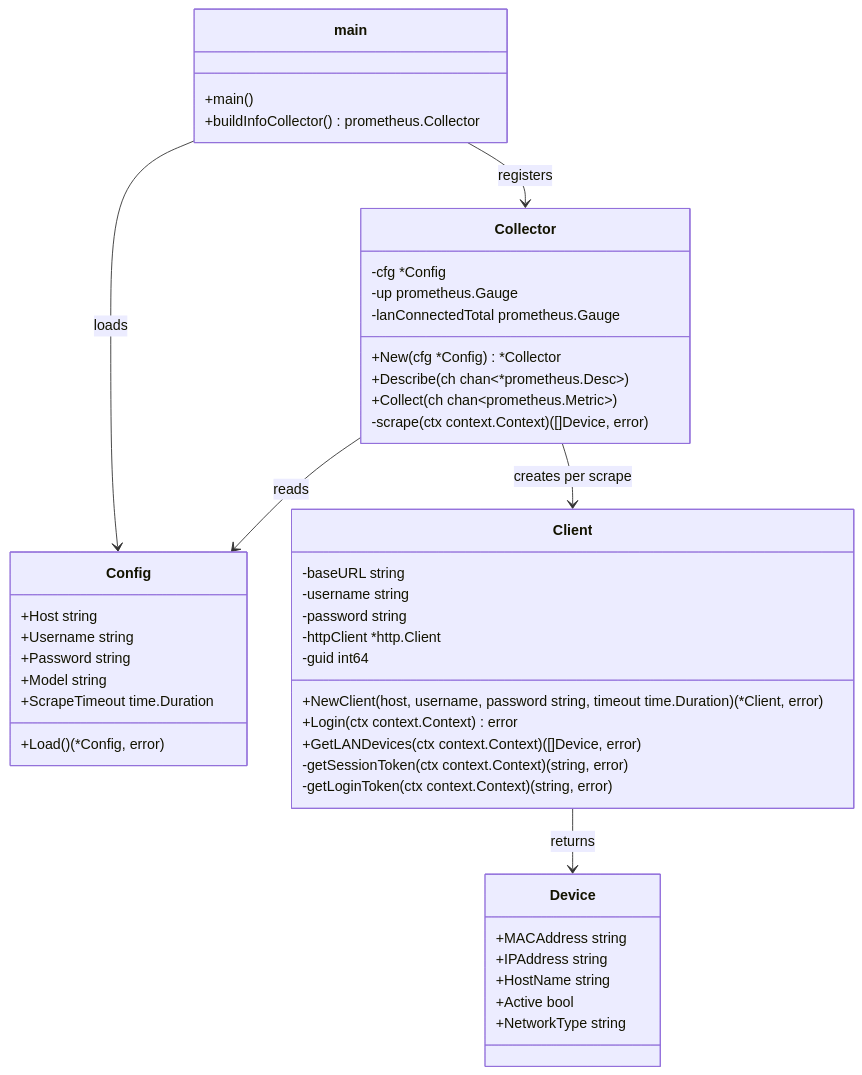
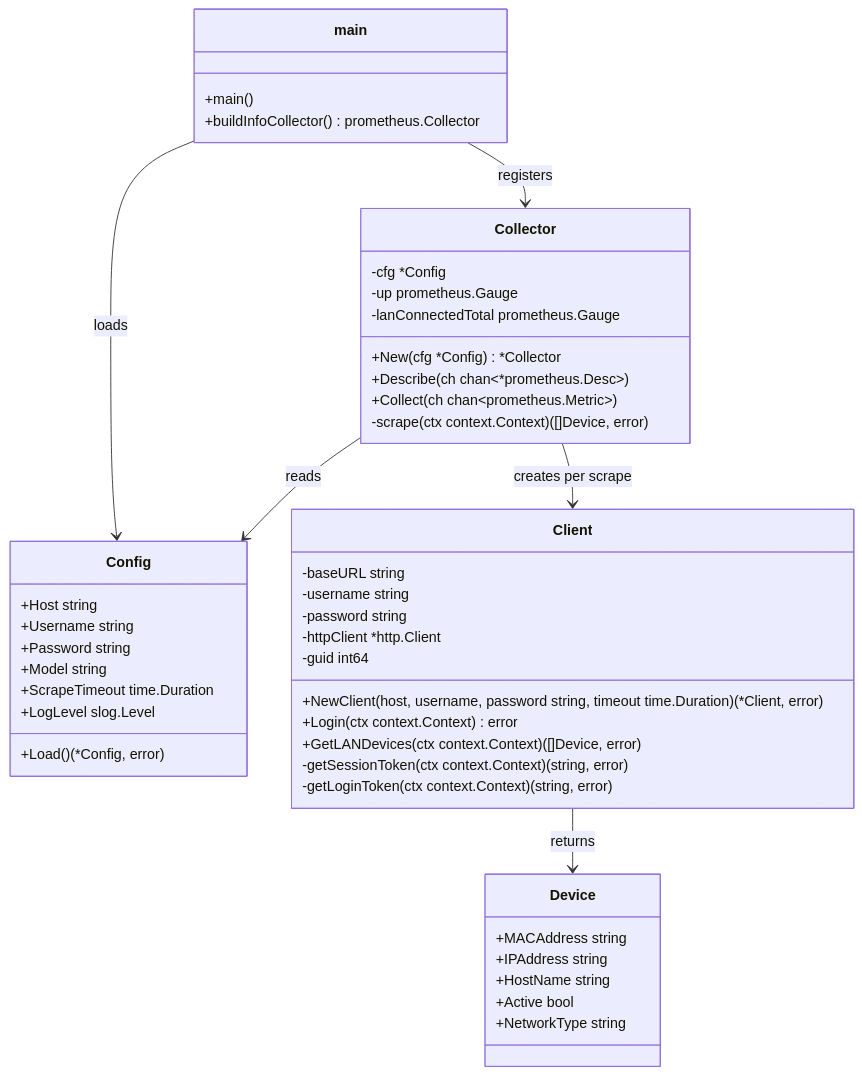
Before and after one commit to cristianat98/ZTE-Exporter: the diagram in docs/uml.md, drawn with Mermaid. The commit also changed 5 other files, not shown here.

First line of the commit message:
Add configurable log level via LOG_LEVEL env variable

````diff
--- a/docs/uml.md
+++ b/docs/uml.md
@@ -5,53 +5,54 @@
 ```mermaid
 classDiagram
     class main {
         +main()
         +buildInfoCollector() prometheus.Collector
     }
 
     class Config {
         +Host string
         +Username string
         +Password string
         +Model string
         +ScrapeTimeout time.Duration
+        +LogLevel slog.Level
         +Load() (*Config, error)
     }
 
     class Collector {
         -cfg *Config
         -up prometheus.Gauge
         -lanConnectedTotal prometheus.Gauge
         +New(cfg *Config) *Collector
         +Describe(ch chan~*prometheus.Desc~)
         +Collect(ch chan~prometheus.Metric~)
         -scrape(ctx context.Context) ([]Device, error)
     }
 
     class Client {
         -baseURL string
         -username string
         -password string
         -httpClient *http.Client
         -guid int64
         +NewClient(host, username, password string, timeout time.Duration) (*Client, error)
         +Login(ctx context.Context) error
         +GetLANDevices(ctx context.Context) ([]Device, error)
         -getSessionToken(ctx context.Context) (string, error)
         -getLoginToken(ctx context.Context) (string, error)
     }
 
     class Device {
         +MACAddress string
         +IPAddress string
         +HostName string
         +Active bool
         +NetworkType string
     }
 
     main --> Config : loads
     main --> Collector : registers
     Collector --> Config : reads
     Collector --> Client : creates per scrape
     Client --> Device : returns
 ```
````
